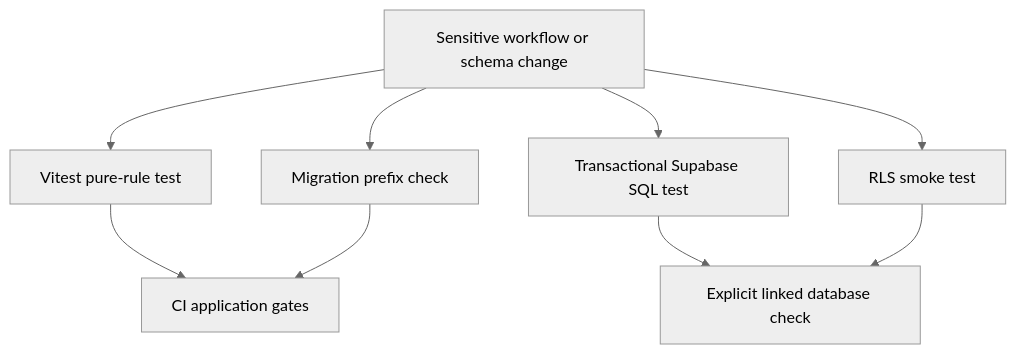
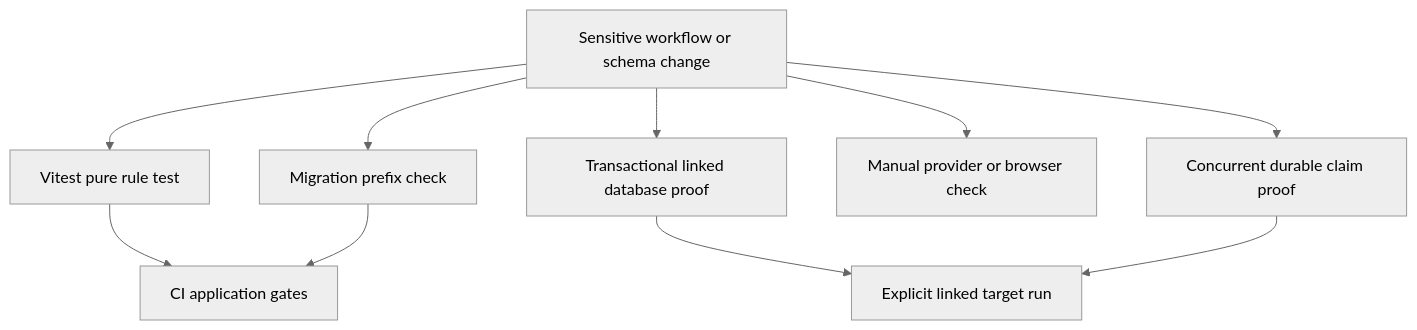
The first of 2 diagrams in openwiki/testing/verification-strategy.md (Schneider-Gr/industria24hIA), drawn with Mermaid (neutral theme) before and after one commit. The commit also changed other lines of this file and 28 other files, not shown here.

````diff
--- a/openwiki/testing/verification-strategy.md
+++ b/openwiki/testing/verification-strategy.md
@@ -73,11 +99,12 @@
 ```mermaid
 flowchart TD
-  Change["Sensitive workflow or schema change"] --> Unit["Vitest pure-rule test"]
-  Change --> SQL["Transactional Supabase SQL test"]
-  Change --> Smoke["RLS smoke test"]
+  Change["Sensitive workflow or schema change"] --> Unit["Vitest pure rule test"]
+  Change --> Database["Transactional linked database proof"]
+  Change --> Concurrency["Concurrent durable claim proof"]
+  Change --> Manual["Manual provider or browser check"]
   Unit --> CI["CI application gates"]
-  SQL --> Linked["Explicit linked database check"]
-  Smoke --> Linked
+  Database --> Linked["Explicit linked target run"]
+  Concurrency --> Linked
   Change --> Migration["Migration prefix check"]
   Migration --> CI
 ```
````
